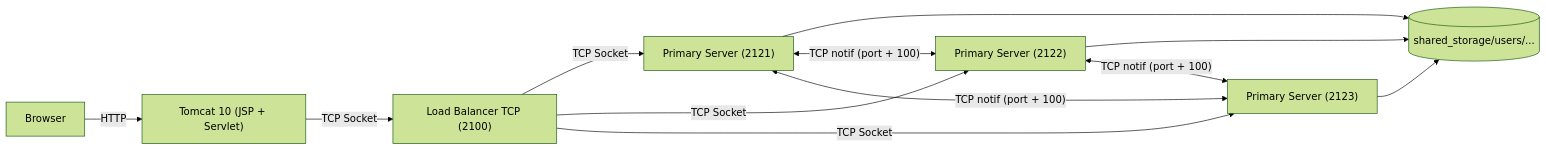
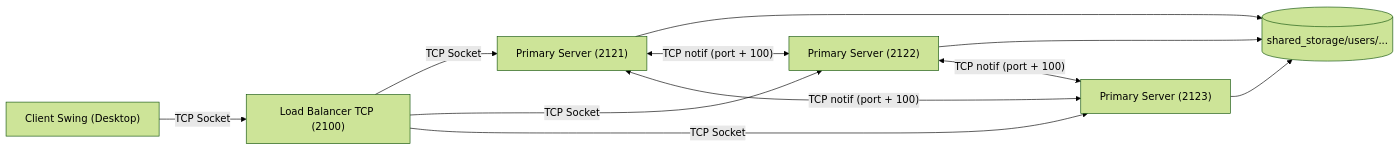
One commit to Sambatra-Mickaella/programmation_sys changed the diagram in EXPLICATION_TECHNIQUE_SMARTDRIVE.md. Above: the diagram before and after it, drawn with Mermaid (forest theme). The commit also changed other lines of this file and 151 other files, not shown here.

````diff
--- a/EXPLICATION_TECHNIQUE_SMARTDRIVE.md
+++ b/EXPLICATION_TECHNIQUE_SMARTDRIVE.md
@@ -16,16 +15,15 @@
 ```mermaid
 flowchart LR
-  B[Browser] -->|HTTP| T["Tomcat 10 (JSP + Servlet)"]
-  T -->|TCP Socket| LB["Load Balancer TCP (2100)"]
+  C["Client Swing (Desktop)"] -->|TCP Socket| LB["Load Balancer TCP (2100)"]
   LB -->|TCP Socket| S1["Primary Server (2121)"]
   LB -->|TCP Socket| S2["Primary Server (2122)"]
   LB -->|TCP Socket| S3["Primary Server (2123)"]
 
   S1 --> FS[("shared_storage/users/...")]
   S2 --> FS
   S3 --> FS
 
   S1 <-->|"TCP notif (port + 100)"| S2
   S2 <-->|"TCP notif (port + 100)"| S3
   S1 <-->|"TCP notif (port + 100)"| S3
 ```
````
